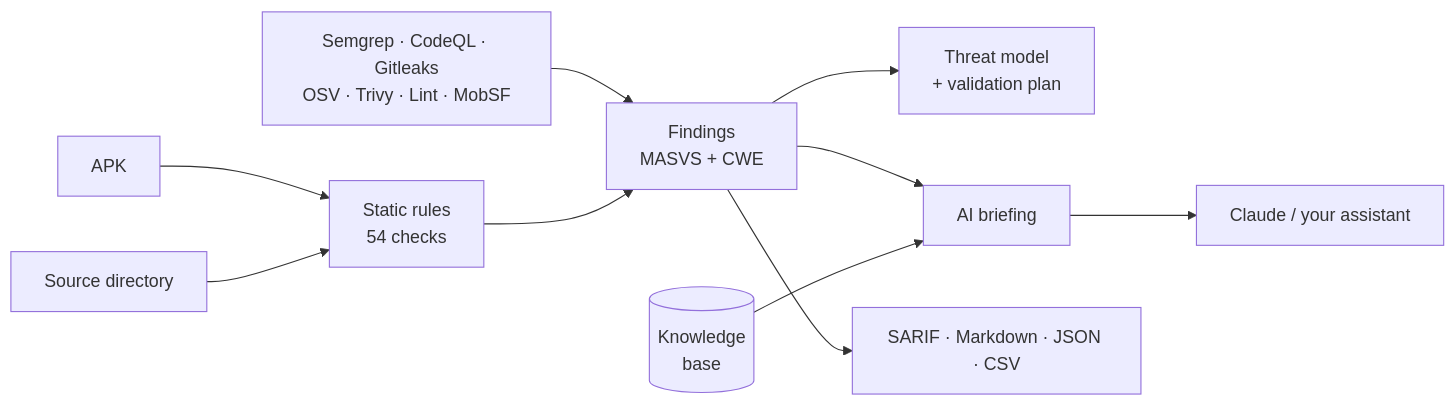
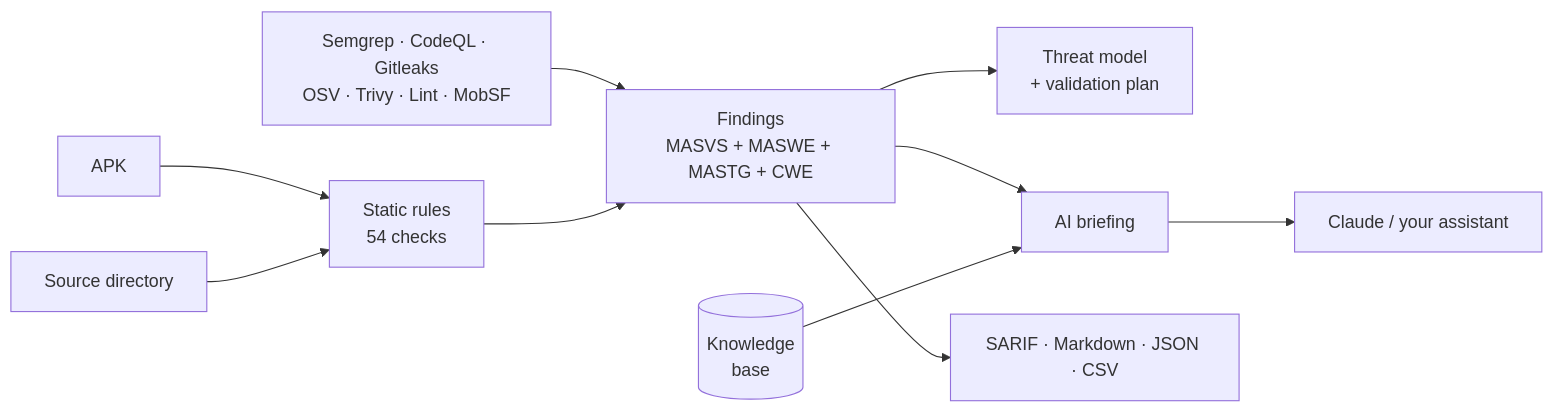
One commit to IvoPinela/aaos-security-auditor changed the second of 2 diagrams in README.md. Above: the diagram before and after it, drawn with Mermaid. The commit also changed other lines of this file, not shown here.

Commit message:
Document the MASVS, MASWE and MASTG mapping in the README

````diff
--- a/README.md
+++ b/README.md
@@ -61,12 +61,12 @@
 ```mermaid
 flowchart LR
     I1[APK] --> R[Static rules<br/>54 checks]
     I2[Source directory] --> R
     X[Semgrep · CodeQL · Gitleaks<br/>OSV · Trivy · Lint · MobSF] --> F
-    R --> F[Findings<br/>MASVS + CWE]
+    R --> F[Findings<br/>MASVS + MASWE + MASTG + CWE]
     F --> T[Threat model<br/>+ validation plan]
     F --> B[AI briefing]
     K[(Knowledge<br/>base)] --> B
     B --> A[Claude / your assistant]
     F --> O[SARIF · Markdown · JSON · CSV]
 ```
````
